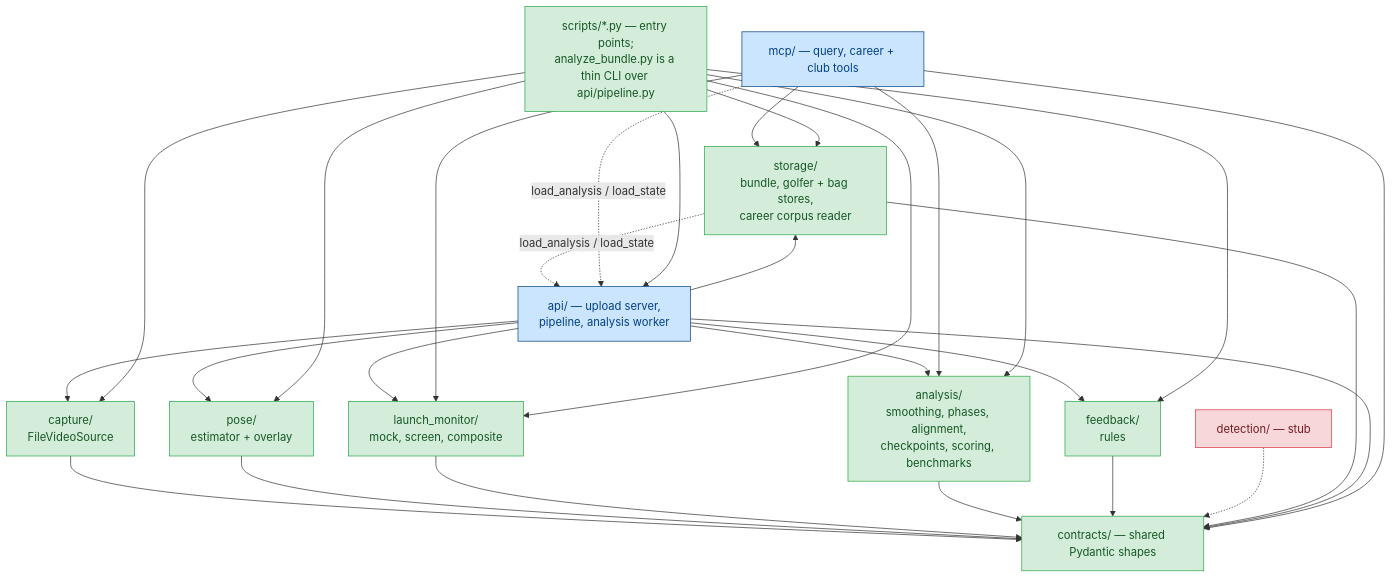
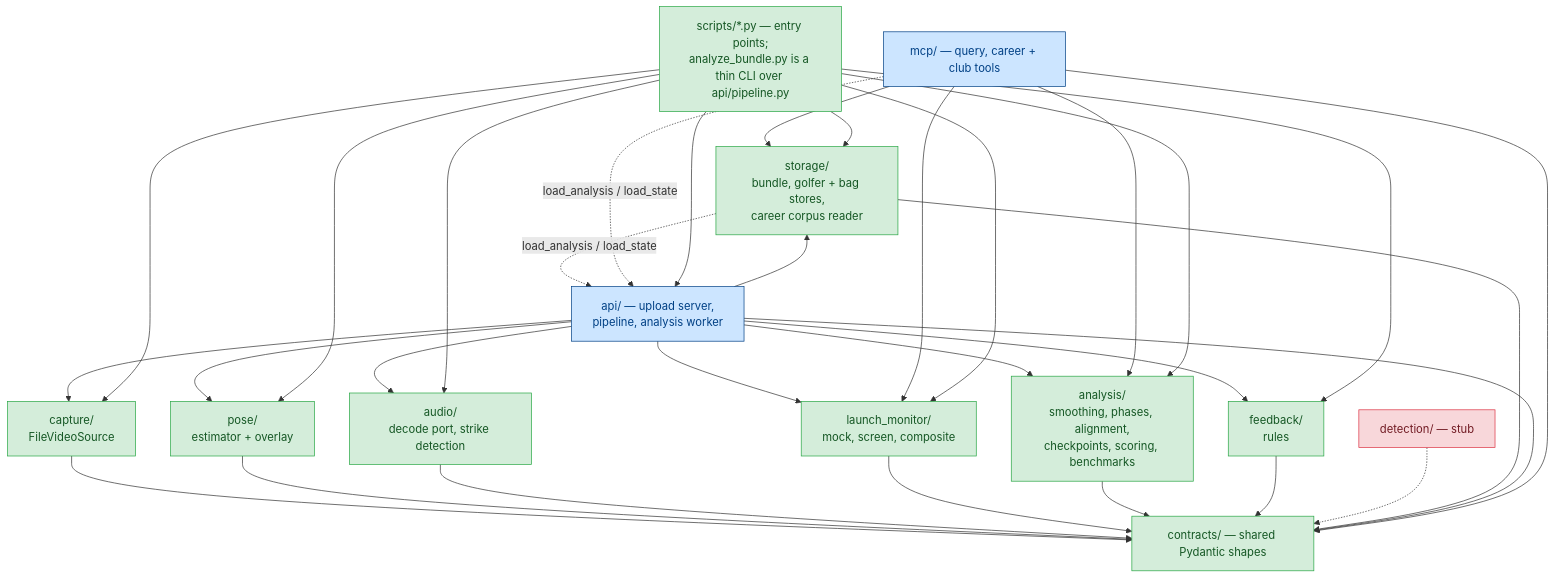
One commit to MildTreeRat/golf-coach changed the second of 3 diagrams in docs/ARCHITECTURE.md. Above: the diagram before and after it, drawn with Mermaid. The commit also changed other lines of this file and 37 other files, not shown here.

````diff
--- a/docs/ARCHITECTURE.md
+++ b/docs/ARCHITECTURE.md
@@ -165,44 +181,47 @@
 ```mermaid
 flowchart TD
     C["contracts/ — shared Pydantic shapes"]
 
     CAP["capture/<br/>FileVideoSource"] --> C
     POSE["pose/<br/>estimator + overlay"] --> C
+    AUD["audio/<br/>decode port, strike detection"] --> C
     LMM["launch_monitor/<br/>mock, screen, composite"] --> C
     ANA["analysis/<br/>smoothing, phases, alignment,<br/>checkpoints, scoring, benchmarks"] --> C
     FB["feedback/<br/>rules"] --> C
     DET["detection/ — stub"] -.-> C
     STO["storage/<br/>bundle, golfer + bag stores,<br/>career corpus reader"] --> C
 
     API["api/ — upload server,<br/>pipeline, analysis worker"] --> C
     MCP["mcp/ — query, career + club tools"] --> C
 
     API --> CAP
     API --> POSE
+    API --> AUD
     API --> ANA
     API --> FB
     API --> LMM
     API --> STO
 
     MCP --> ANA
     MCP --> STO
     MCP --> LMM
 
     STO -. "load_analysis / load_state" .-> API
     MCP -. "load_analysis / load_state" .-> API
 
     CLI["scripts/*.py — entry points;<br/>analyze_bundle.py is a thin CLI over api/pipeline.py"] --> API
     CLI --> CAP
     CLI --> POSE
+    CLI --> AUD
     CLI --> ANA
     CLI --> FB
     CLI --> LMM
     CLI --> STO
 
     classDef built fill:#d4edda,stroke:#28a745,color:#155724;
     classDef stub fill:#f8d7da,stroke:#dc3545,color:#721c24;
     classDef shell fill:#cce5ff,stroke:#004085,color:#004085;
-    class C,CAP,POSE,LMM,ANA,FB,CLI,STO built;
+    class C,CAP,POSE,AUD,LMM,ANA,FB,CLI,STO built;
     class API,MCP shell;
     class DET stub;
 ```
````
